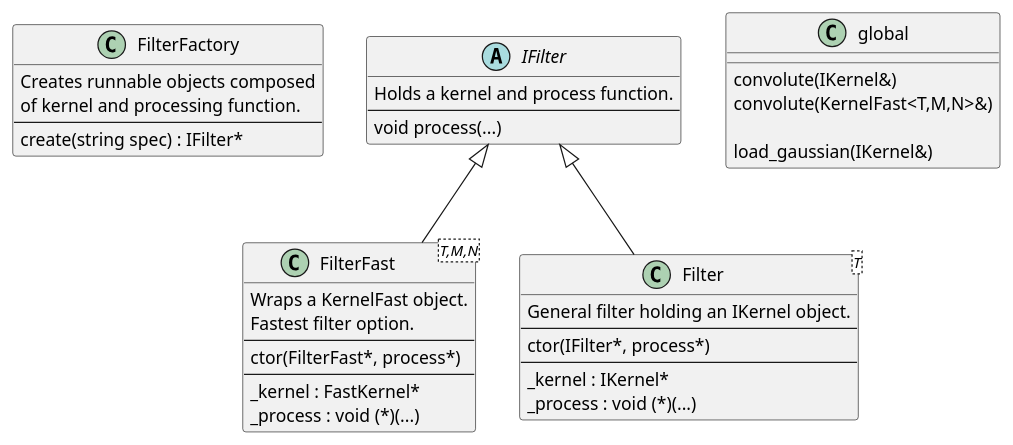
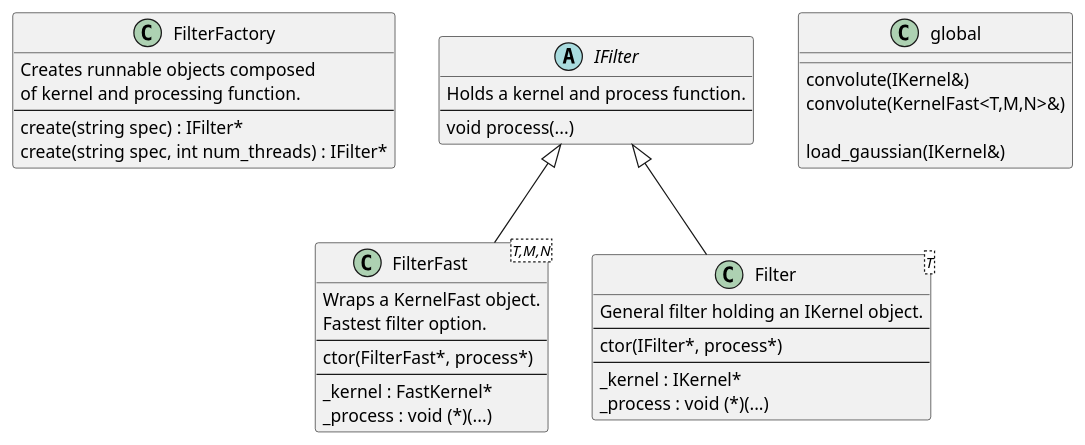
Before and after one commit to ibpaul/workshop: the diagram in doc/design/diagram/filter_factory.puml, drawn with PlantUML. The commit also changed 7 other files, not shown here.

```diff
--- a/doc/design/diagram/filter_factory.puml
+++ b/doc/design/diagram/filter_factory.puml
@@ -1,49 +1,50 @@
 @startuml
 
 class FilterFactory {
     Creates runnable objects composed
     of kernel and processing function.
     ---
     create(string spec) : IFilter*
+    create(string spec, int num_threads) : IFilter*
 }
 
 abstract IFilter {
     Holds a kernel and process function.
     ---
     void process(...)
 }
 
 class FilterFast<T,M,N> {
     Wraps a KernelFast object.
     Fastest filter option.
     ---
     ctor(FilterFast*, process*)
     ---
     {field} _kernel : FastKernel*
     {field} _process : void (*)(...)
 }
 
 class Filter<T> {
     General filter holding an IKernel object.
     ---
     ctor(IFilter*, process*)
     ---
     {field} _kernel : IKernel*
     {field} _process : void (*)(...)
 }
 
 
 IFilter <|-- FilterFast
 IFilter <|-- Filter
 
 
 class global {
     convolute(IKernel&)
     convolute(KernelFast<T,M,N>&)
 
     load_gaussian(IKernel&)
 }
 
 
 
 @enduml
```
